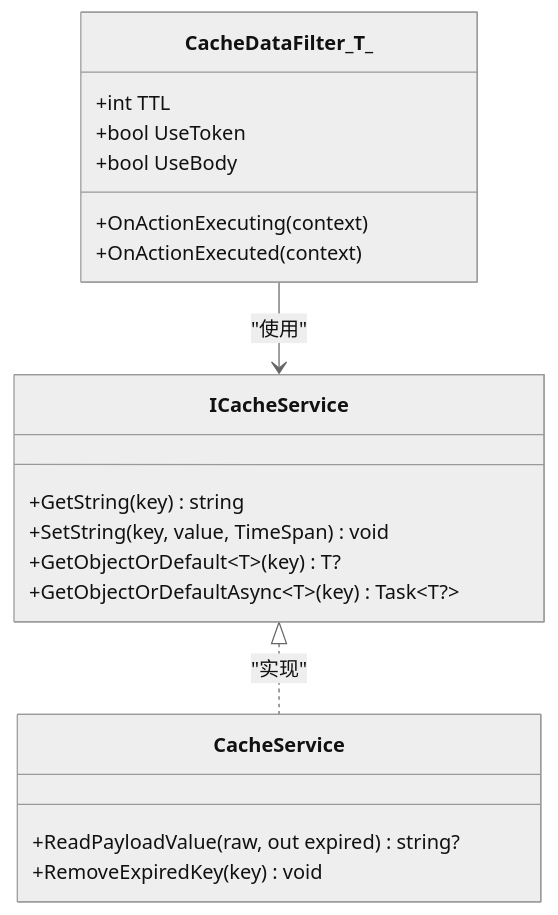
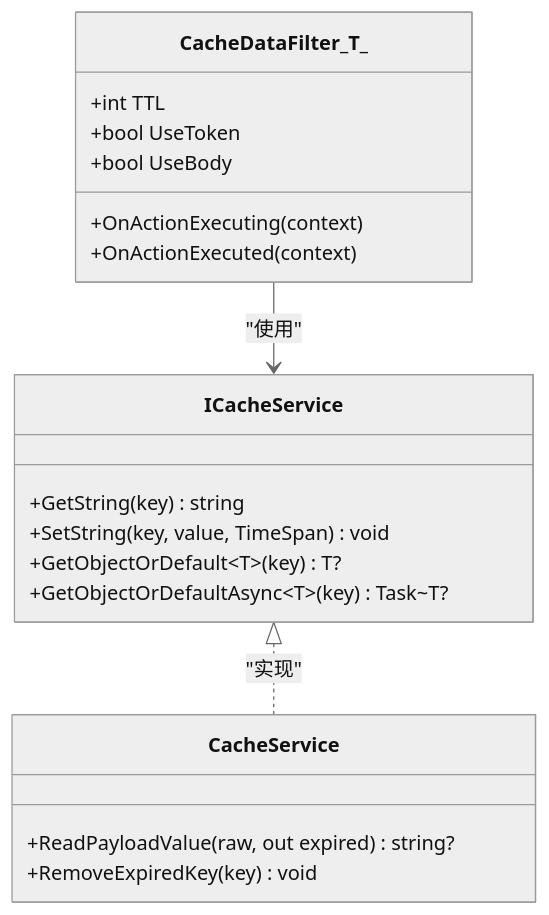
One commit to junkai-li/NetCoreKevin changed the sixth of 10 diagrams in .qoder/repowiki/zh/content/部署运维/性能优化.md. Above: the diagram before and after it, drawn with Mermaid (neutral theme). The commit also changed other lines of this file and 45 other files, not shown here.

````diff
--- a/.qoder/repowiki/zh/content/部署运维/性能优化.md
+++ b/.qoder/repowiki/zh/content/部署运维/性能优化.md
@@ -180,22 +300,22 @@
 ```mermaid
 classDiagram
 class CacheDataFilter_T_ {
 +int TTL
 +bool UseToken
 +bool UseBody
 +OnActionExecuting(context)
 +OnActionExecuted(context)
 }
 class ICacheService {
 +GetString(key) string
 +SetString(key, value, TimeSpan) void
 +GetObjectOrDefault~T~(key) T?
-+GetObjectOrDefaultAsync~T~(key) Task~T?~
++GetObjectOrDefaultAsync~T~(key) Task~T?
 }
 class CacheService {
 +ReadPayloadValue(raw, out expired) string?
 +RemoveExpiredKey(key) void
 }
 CacheDataFilter_T_ --> ICacheService : "使用"
 ICacheService <|.. CacheService : "实现"
 ```
````
